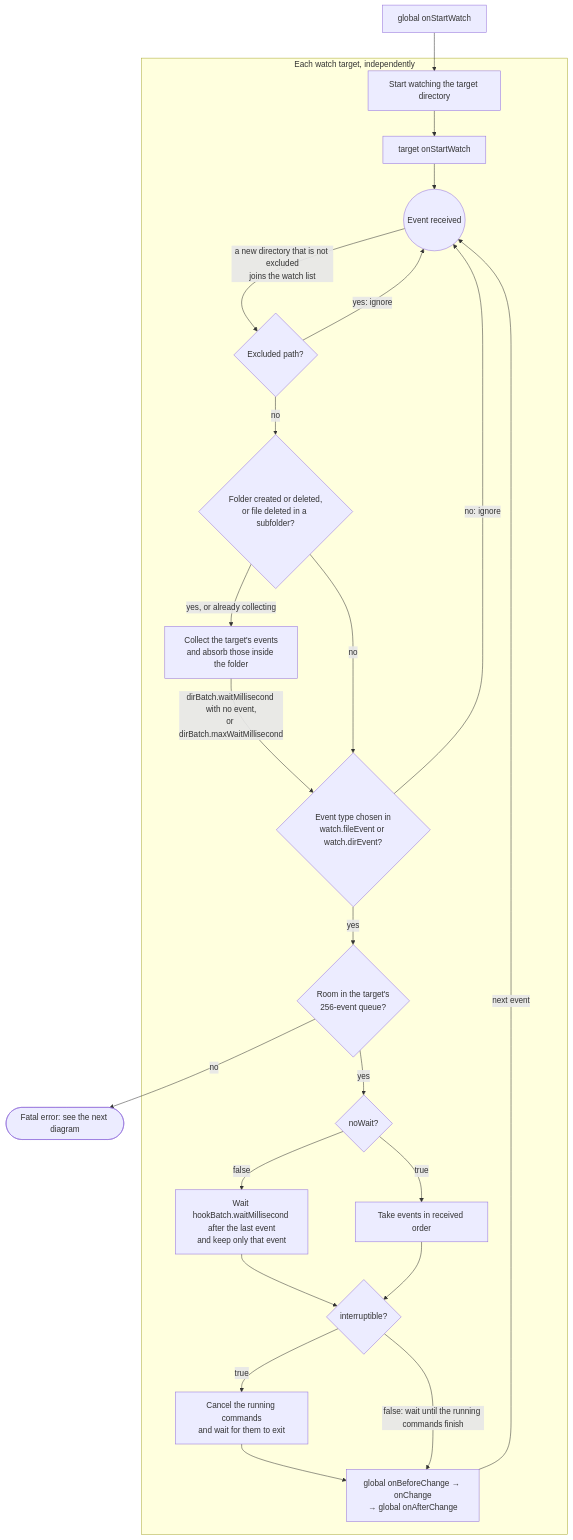
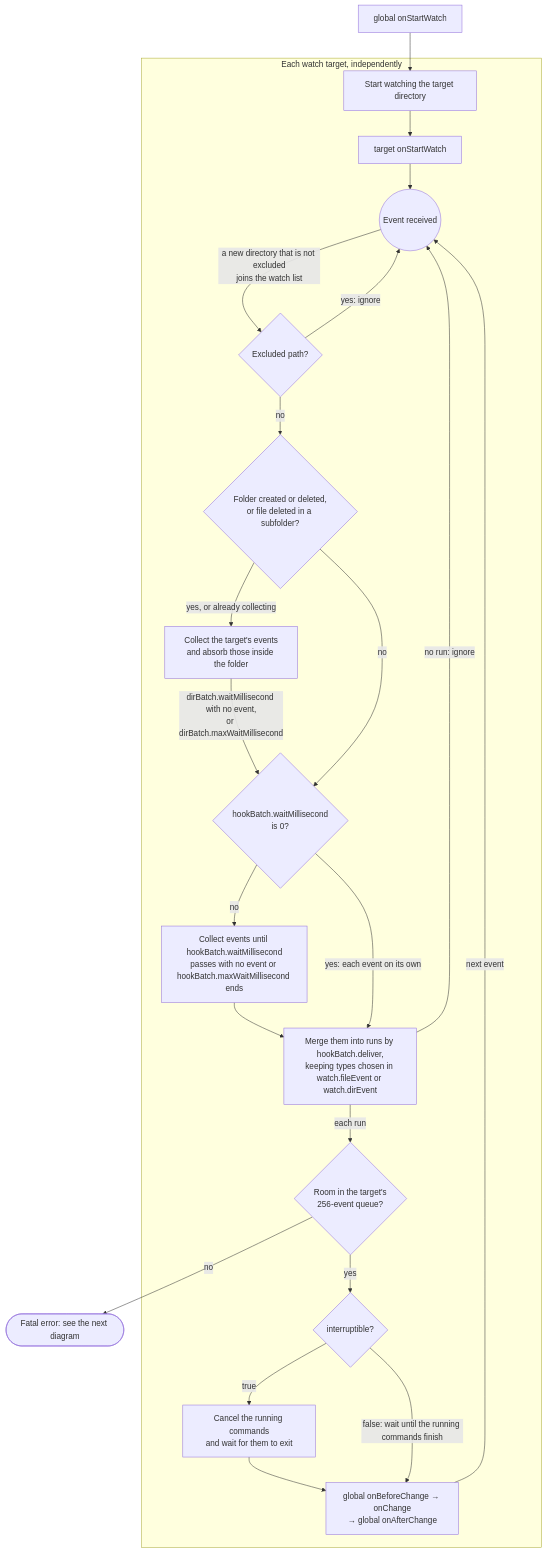
Before and after one commit to seungyeop-lee/directory-watcher: the first of 2 diagrams in README.md, drawn with Mermaid. The commit also changed other lines of this file and 47 other files, not shown here.

First line of the commit message:
feat!: hookBatch에 maxWaitMillisecond와 deliver를 넣고 noWait를 없앰

````diff
--- a/README.md
+++ b/README.md
@@ -150,43 +150,41 @@
 ```mermaid
 flowchart TD
     globalStart["global onStartWatch"]
     subgraph eachTarget["Each watch target, independently"]
         watchDirs["Start watching the target directory"]
         targetStart["target onStartWatch"]
         receiveEvent(("Event received"))
         excludeCheck{"Excluded path?"}
         collectChoice{"Folder created or deleted,<br>or file deleted in a subfolder?"}
         collectFolder["Collect the target's events<br>and absorb those inside the folder"]
-        kindFilter{"Event type chosen in<br>watch.fileEvent or watch.dirEvent?"}
+        waitChoice{"hookBatch.waitMillisecond<br>is 0?"}
+        collectHook["Collect events until hookBatch.waitMillisecond<br>passes with no event or hookBatch.maxWaitMillisecond ends"]
+        mergeRuns["Merge them into runs by hookBatch.deliver,<br>keeping types chosen in watch.fileEvent or watch.dirEvent"]
         queueEvent{"Room in the target's<br>256-event queue?"}
-        modeChoice{"noWait?"}
-        debounceWait["Wait hookBatch.waitMillisecond after the last event<br>and keep only that event"]
-        orderedRun["Take events in received order"]
         interruptChoice{"interruptible?"}
         cancelPrevious["Cancel the running commands<br>and wait for them to exit"]
         runChange["global onBeforeChange → onChange<br>→ global onAfterChange"]
     end
     fatalStop(["Fatal error: see the next diagram"])
 
     globalStart --> watchDirs
     watchDirs --> targetStart
     targetStart --> receiveEvent
     receiveEvent -->|"a new directory that is not excluded<br>joins the watch list"| excludeCheck
     excludeCheck -->|"yes: ignore"| receiveEvent
     excludeCheck -->|"no"| collectChoice
     collectChoice -->|"yes, or already collecting"| collectFolder
-    collectChoice -->|"no"| kindFilter
-    collectFolder -->|"dirBatch.waitMillisecond with no event,<br>or dirBatch.maxWaitMillisecond"| kindFilter
-    kindFilter -->|"no: ignore"| receiveEvent
-    kindFilter -->|"yes"| queueEvent
+    collectChoice -->|"no"| waitChoice
+    collectFolder -->|"dirBatch.waitMillisecond with no event,<br>or dirBatch.maxWaitMillisecond"| waitChoice
+    waitChoice -->|"no"| collectHook
+    waitChoice -->|"yes: each event on its own"| mergeRuns
+    collectHook --> mergeRuns
+    mergeRuns -->|"no run: ignore"| receiveEvent
+    mergeRuns -->|"each run"| queueEvent
     queueEvent -->|"no"| fatalStop
-    queueEvent -->|"yes"| modeChoice
-    modeChoice -->|"false"| debounceWait
-    modeChoice -->|"true"| orderedRun
-    debounceWait --> interruptChoice
-    orderedRun --> interruptChoice
+    queueEvent -->|"yes"| interruptChoice
     interruptChoice -->|"true"| cancelPrevious
     interruptChoice -->|"false: wait until the running commands finish"| runChange
     cancelPrevious --> runChange
     runChange -->|"next event"| receiveEvent
 ```
````
